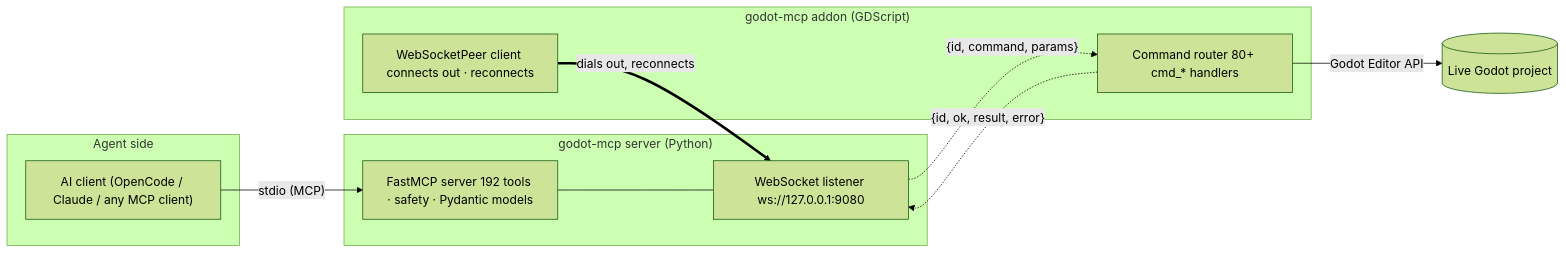
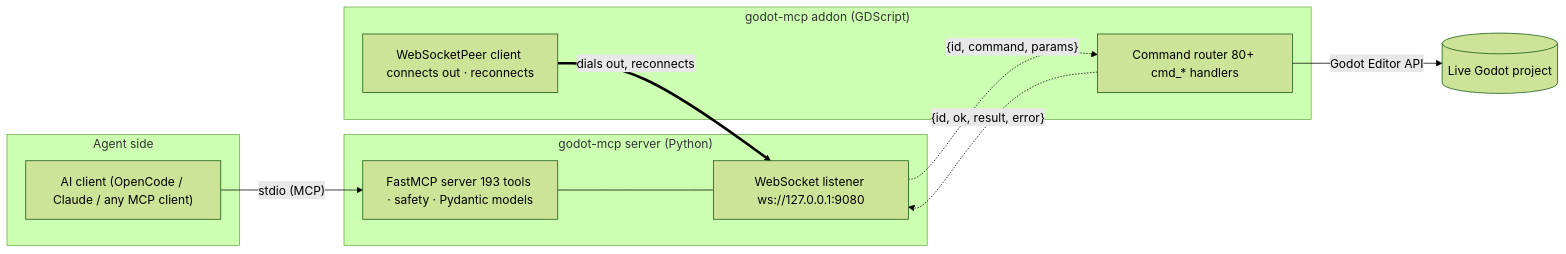
Before and after one commit to hybridindie/godot-mcp: the diagram in docs/site/architecture/index.md, drawn with Mermaid (forest theme). The commit also changed 19 other files, not shown here.

````diff
--- a/docs/site/architecture/index.md
+++ b/docs/site/architecture/index.md
@@ -14,21 +14,21 @@
 ```mermaid
 flowchart LR
     subgraph client["Agent side"]
         AI["AI client (OpenCode / Claude / any MCP client)"]
     end
     subgraph server["godot-mcp server (Python)"]
-        SRV["FastMCP server 192 tools · safety · Pydantic models"]
+        SRV["FastMCP server 193 tools · safety · Pydantic models"]
         BR["WebSocket listener ws://127.0.0.1:9080"]
     end
     subgraph addon["godot-mcp addon (GDScript)"]
         WS["WebSocketPeer client connects out · reconnects"]
         RT["Command router 80+ cmd_* handlers"]
     end
     ED[("Live Godot project")]
     AI -->|"stdio (MCP)"| SRV
     SRV --- BR
     WS ==>|"dials out, reconnects"| BR
     BR -.->|"{id, command, params}"| RT
     RT -->|"Godot Editor API"| ED
     RT -.->|"{id, ok, result, error}"| BR
 ```
````
